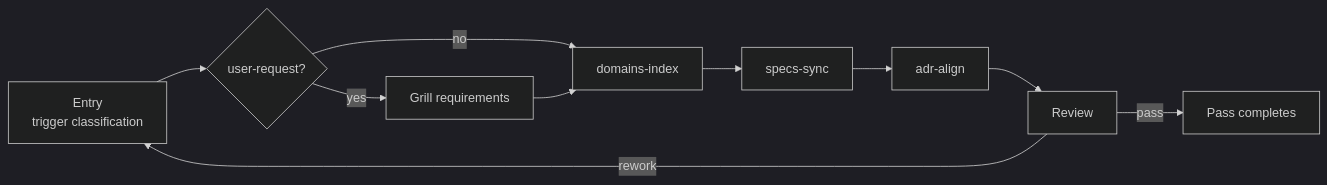
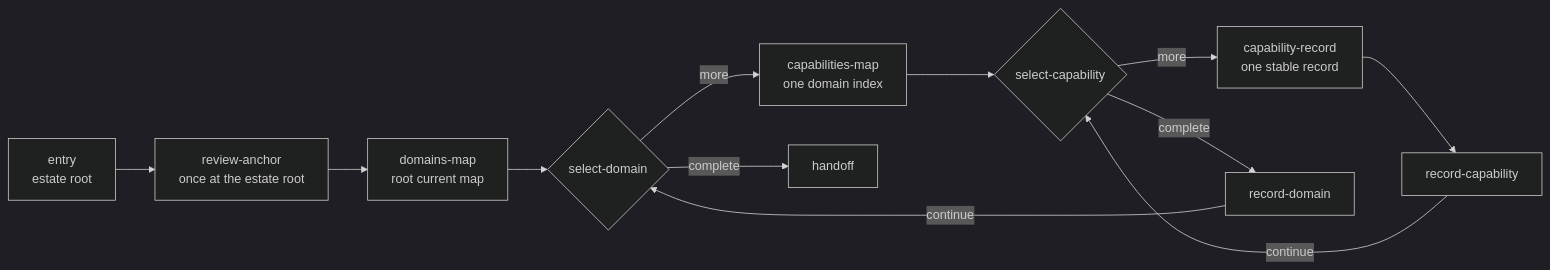
The second of 3 diagrams in README.md (makara/ai-atomic-workflow), drawn with Mermaid (dark theme) before and after one commit. The commit also changed other lines of this file and 74 other files, not shown here.

Commit message:
feat: agentic-graphjs v0.1.0

````diff
--- a/README.md
+++ b/README.md
@@ -94,12 +96,14 @@
 ```mermaid
 graph LR
-   ENTRY[Entry<br/>trigger classification] --> REQ{user-request?}
-   REQ -->|yes| GRILL[Grill requirements]
-   REQ -->|no| DOM[domains-index]
-   GRILL --> DOM
-   DOM --> SYN[specs-sync]
-   SYN --> ALN[adr-align]
-   ALN --> REV[Review]
-   REV -->|rework| ENTRY
-   REV -->|pass| DONE[Pass completes]
+   ENTRY[entry<br/>estate root] --> REV[review-anchor<br/>once at the estate root]
+   REV --> DM[domains-map<br/>root current map]
+   DM --> SELD{select-domain}
+   SELD -->|more| CM[capabilities-map<br/>one domain index]
+   CM --> SELC{select-capability}
+   SELC -->|more| CR[capability-record<br/>one stable record]
+   CR --> RECC[record-capability]
+   RECC -->|continue| SELC
+   SELC -->|complete| RD[record-domain]
+   RD -->|continue| SELD
+   SELD -->|complete| DONE[handoff]
 ```
````
